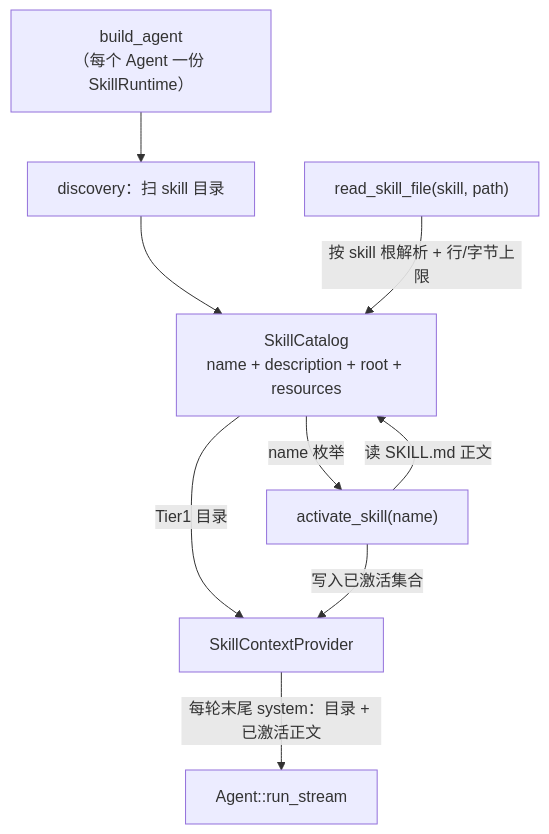
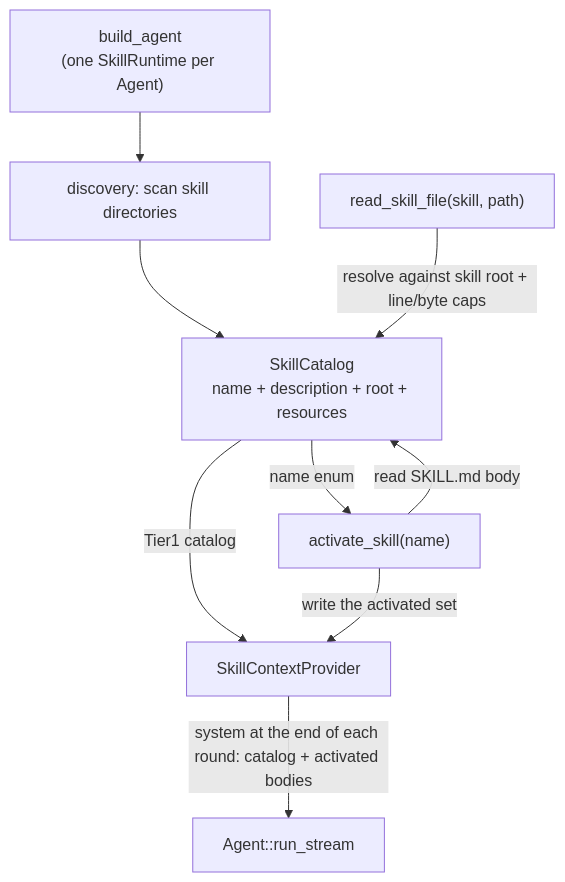
One commit to Seann0824/Shirley changed the second of 2 diagrams in docs/skills.md. Above: the diagram before and after it, drawn with Mermaid. The commit also changed other lines of this file and 131 other files, not shown here.

````diff
--- a/docs/skills.md
+++ b/docs/skills.md
@@ -248,17 +265,17 @@
 ```mermaid
 flowchart TD
-    Boot["build_agent<br/>（每个 Agent 一份 SkillRuntime）"]
-    Disc["discovery：扫 skill 目录"]
+    Boot["build_agent<br/>(one SkillRuntime per Agent)"]
+    Disc["discovery: scan skill directories"]
     Cat["SkillCatalog<br/>name + description + root + resources"]
     Prov["SkillContextProvider"]
     Act["activate_skill(name)"]
     Read["read_skill_file(skill, path)"]
 
     Boot --> Disc --> Cat
-    Cat -->|"Tier1 目录"| Prov
-    Cat -->|"name 枚举"| Act
-    Act -->|"读 SKILL.md 正文"| Cat
-    Act -->|"写入已激活集合"| Prov
-    Prov -->|"每轮末尾 system：目录 + 已激活正文"| Agent["Agent::run_stream"]
-    Read -->|"按 skill 根解析 + 行/字节上限"| Cat
+    Cat -->|"Tier1 catalog"| Prov
+    Cat -->|"name enum"| Act
+    Act -->|"read SKILL.md body"| Cat
+    Act -->|"write the activated set"| Prov
+    Prov -->|"system at the end of each round: catalog + activated bodies"| Agent["Agent::run_stream"]
+    Read -->|"resolve against skill root + line/byte caps"| Cat
 ```
````
